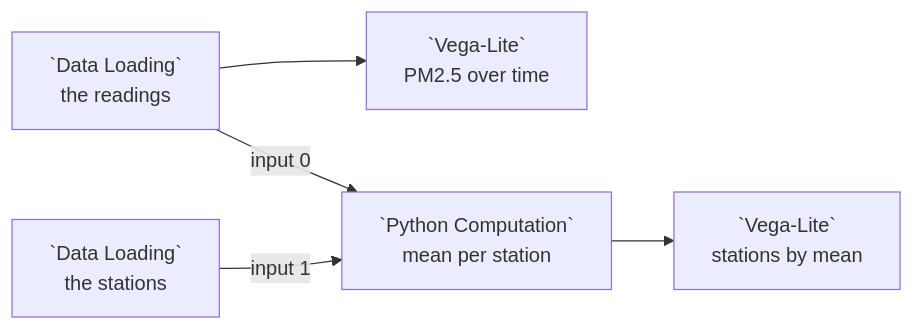
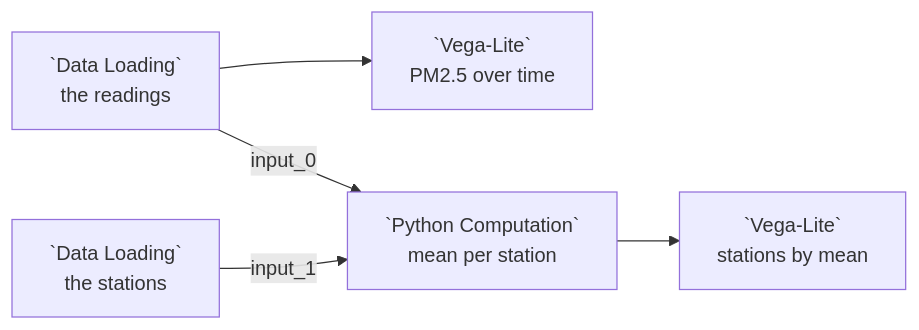
One commit to urban-toolkit/curio changed the diagram in docs/examples/20-storage-folder-of-csv-files.md. Above: the diagram before and after it, drawn with Mermaid. The commit also changed 146 other files, not shown here.

````diff
--- a/docs/examples/20-storage-folder-of-csv-files.md
+++ b/docs/examples/20-storage-folder-of-csv-files.md
@@ -32,7 +32,7 @@
 ```mermaid
 flowchart LR
   R[`Data Loading`<br/>the readings] --> C[`Vega-Lite`<br/>PM2.5 over time]
-  R -->|input 0| J[`Python Computation`<br/>mean per station]
-  S[`Data Loading`<br/>the stations] -->|input 1| J
+  R -->|input_0| J[`Python Computation`<br/>mean per station]
+  S[`Data Loading`<br/>the stations] -->|input_1| J
   J --> P[`Vega-Lite`<br/>stations by mean]
 ```
````
